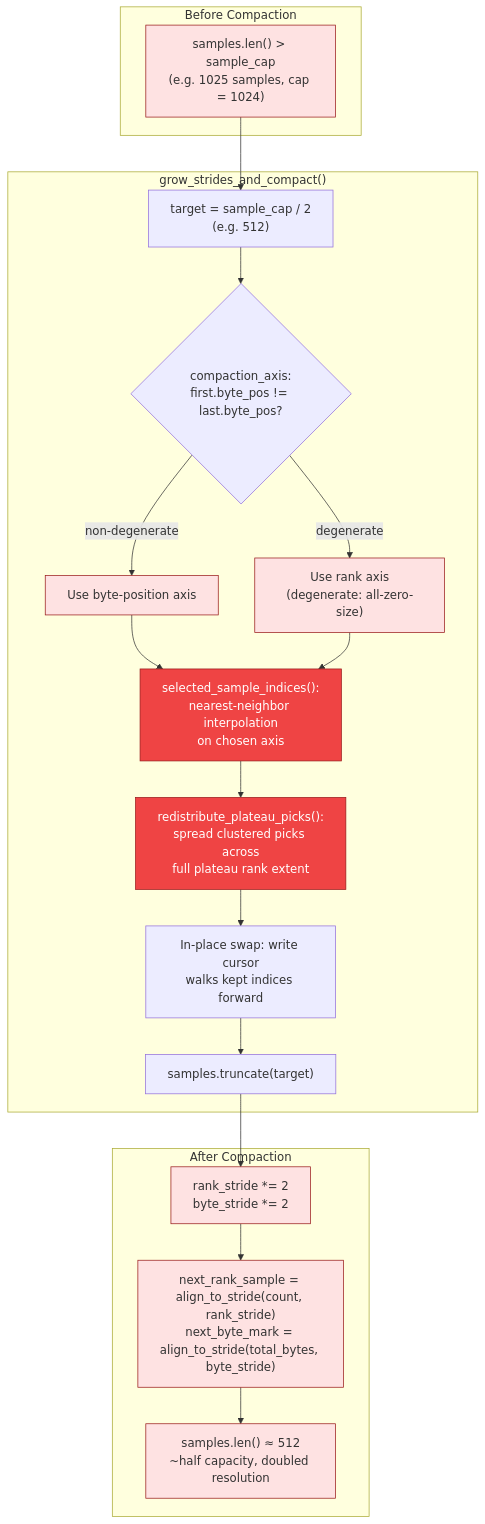
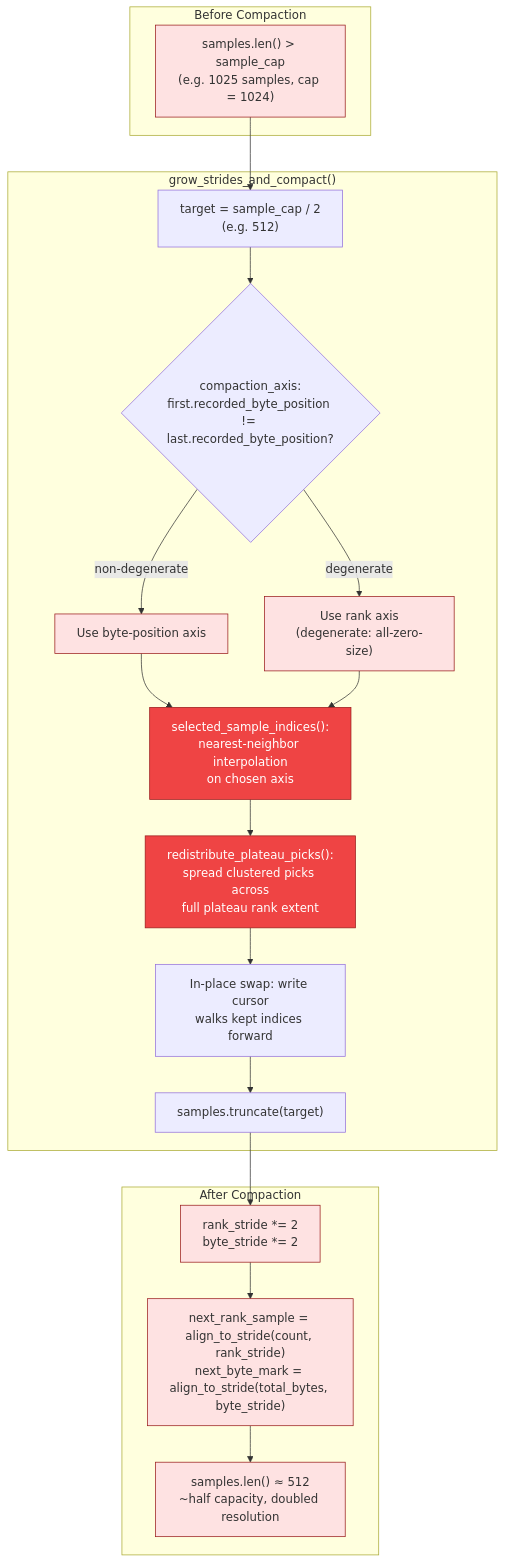
Before and after one commit to ahrav/Gossip-rs: the third of 5 diagrams in diagrams/18-streaming-split-estimation.md, drawn with Mermaid. The commit also changed other lines of this file, not shown here.

Commit message:
docs: audit drift fixes [batch-84]
Auto-fix file inventories, type counts, identifier renames, and
cross-references for batch-84 boundary docs.

````diff
--- a/diagrams/18-streaming-split-estimation.md
+++ b/diagrams/18-streaming-split-estimation.md
@@ -157,41 +157,41 @@
 ```mermaid
 %% Diagram: stride-doubling-compaction
 graph TD
     subgraph Before ["Before Compaction"]
         BUF_FULL["samples.len() > sample_cap<br/>(e.g. 1025 samples, cap = 1024)"]
     end
 
     subgraph Compaction ["grow_strides_and_compact()"]
         TARGET["target = sample_cap / 2<br/>(e.g. 512)"]
-        AXIS{"compaction_axis:<br/>first.byte_pos != last.byte_pos?"}
+        AXIS{"compaction_axis:<br/>first.recorded_byte_position != last.recorded_byte_position?"}
         BYTE_AXIS["Use byte-position axis"]
         RANK_AXIS["Use rank axis<br/>(degenerate: all-zero-size)"]
         SELECT["selected_sample_indices():<br/>nearest-neighbor interpolation<br/>on chosen axis"]
         PLATEAU["redistribute_plateau_picks():<br/>spread clustered picks across<br/>full plateau rank extent"]
         SWAP["In-place swap: write cursor<br/>walks kept indices forward"]
         TRUNC["samples.truncate(target)"]
     end
 
     subgraph After ["After Compaction"]
         DOUBLE["rank_stride *= 2<br/>byte_stride *= 2"]
         REALIGN["next_rank_sample = align_to_stride(count, rank_stride)<br/>next_byte_mark = align_to_stride(total_bytes, byte_stride)"]
         BUF_HALF["samples.len() ≈ 512<br/>~half capacity, doubled resolution"]
     end
 
     BUF_FULL --> TARGET
     TARGET --> AXIS
     AXIS -->|"non-degenerate"| BYTE_AXIS --> SELECT
     AXIS -->|"degenerate"| RANK_AXIS --> SELECT
     SELECT --> PLATEAU
     PLATEAU --> SWAP --> TRUNC
     TRUNC --> DOUBLE --> REALIGN --> BUF_HALF
 
     style BUF_FULL fill:#FEE2E2,stroke:#991B1B
     style BYTE_AXIS fill:#FEE2E2,stroke:#991B1B
     style RANK_AXIS fill:#FEE2E2,stroke:#991B1B
     style SELECT fill:#EF4444,stroke:#991B1B,color:#fff
     style PLATEAU fill:#EF4444,stroke:#991B1B,color:#fff
     style BUF_HALF fill:#FEE2E2,stroke:#991B1B
     style DOUBLE fill:#FEE2E2,stroke:#991B1B
     style REALIGN fill:#FEE2E2,stroke:#991B1B
 ```
````
